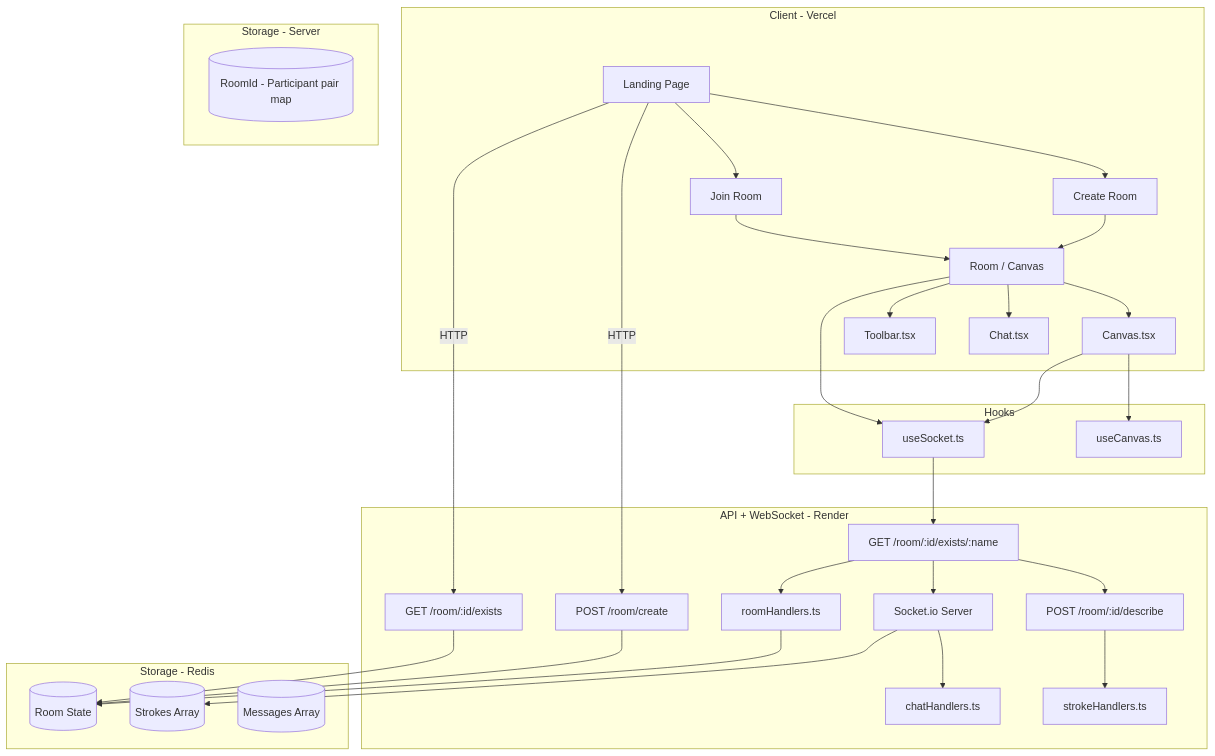
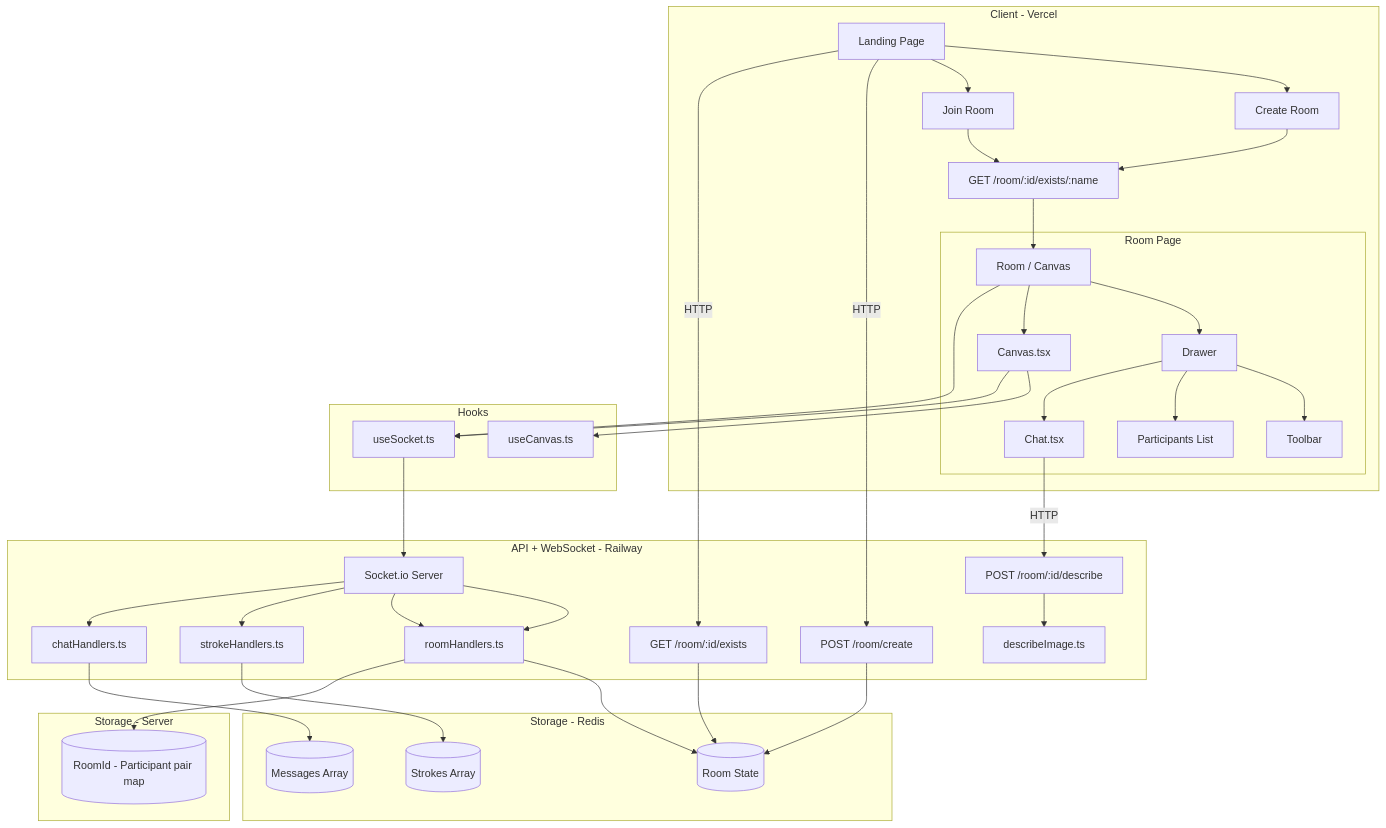
The diagram in README.md (Sedow360/drawee), drawn with Mermaid before and after one commit. The commit also changed other lines of this file and 5 other files, not shown here.

````diff
--- a/README.md
+++ b/README.md
@@ -104,48 +104,58 @@
 ```mermaid
 graph TB
     subgraph "Client - Vercel"
         A[Landing Page] --> B[Create Room]
         A --> C[Join Room]
-        B --> D[Room / Canvas]
-        C --> D
-        D --> E[Canvas.tsx]
-        D --> F[Chat.tsx]
-        D --> G[Toolbar.tsx]
+        B --> M
+        C --> M
+
+        subgraph "Room Page"
+            D[Room / Canvas]
+            D --> DW[Drawer]
+            DW --> G[Toolbar]
+            DW --> PP[Participants List]
+            DW --> F[Chat.tsx]
+            D --> E[Canvas.tsx]
+        end
     end
 
     subgraph "Hooks"
         H[useSocket.ts]
         I[useCanvas.ts]
     end
 
-    subgraph "API + WebSocket - Render"
+    subgraph "API + WebSocket - Railway"
         K[POST /room/create]
         L[GET /room/:id/exists]
         M[GET /room/:id/exists/:name]
         N[POST /room/:id/describe]
         O[Socket.io Server]
         P[roomHandlers.ts]
         Q[strokeHandlers.ts]
         R[chatHandlers.ts]
+        W[describeImage.ts]
     end
 
     subgraph "Storage - Redis"
         S[(Room State)]
         T[(Strokes Array)]
         U[(Messages Array)]
     end
 
     subgraph "Storage - Server"
         V[(RoomId - Participant pair map)]
     end
 
-    D --> H --> M
+    M --> D
+    D --> H
     E --> I
     E --> H
+    H --> O
     A -->|HTTP| K --> S
     A -->|HTTP| L --> S
-    M --> N --> Q
-    M --> O --> R
-    M --> P --> S
-    O --> T
+    F -->|HTTP| N --> W
+    O --> P --> S
+    O --> P --> V
+    O --> Q --> T
+    O --> R --> U
 ```
````
